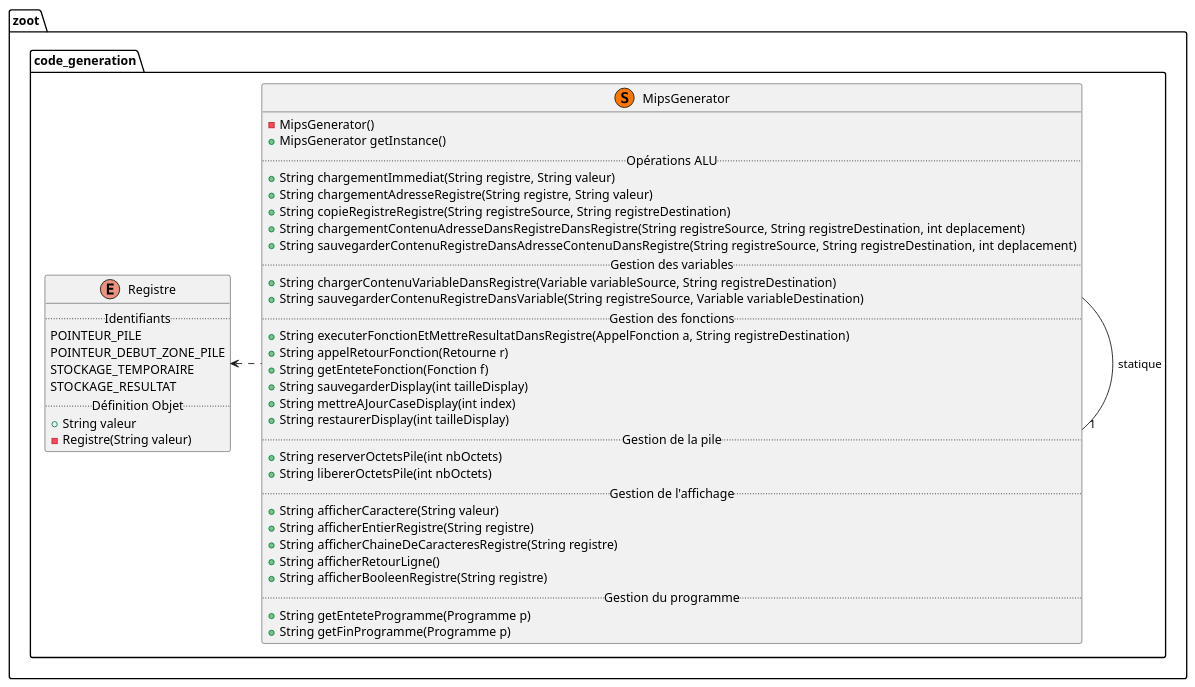
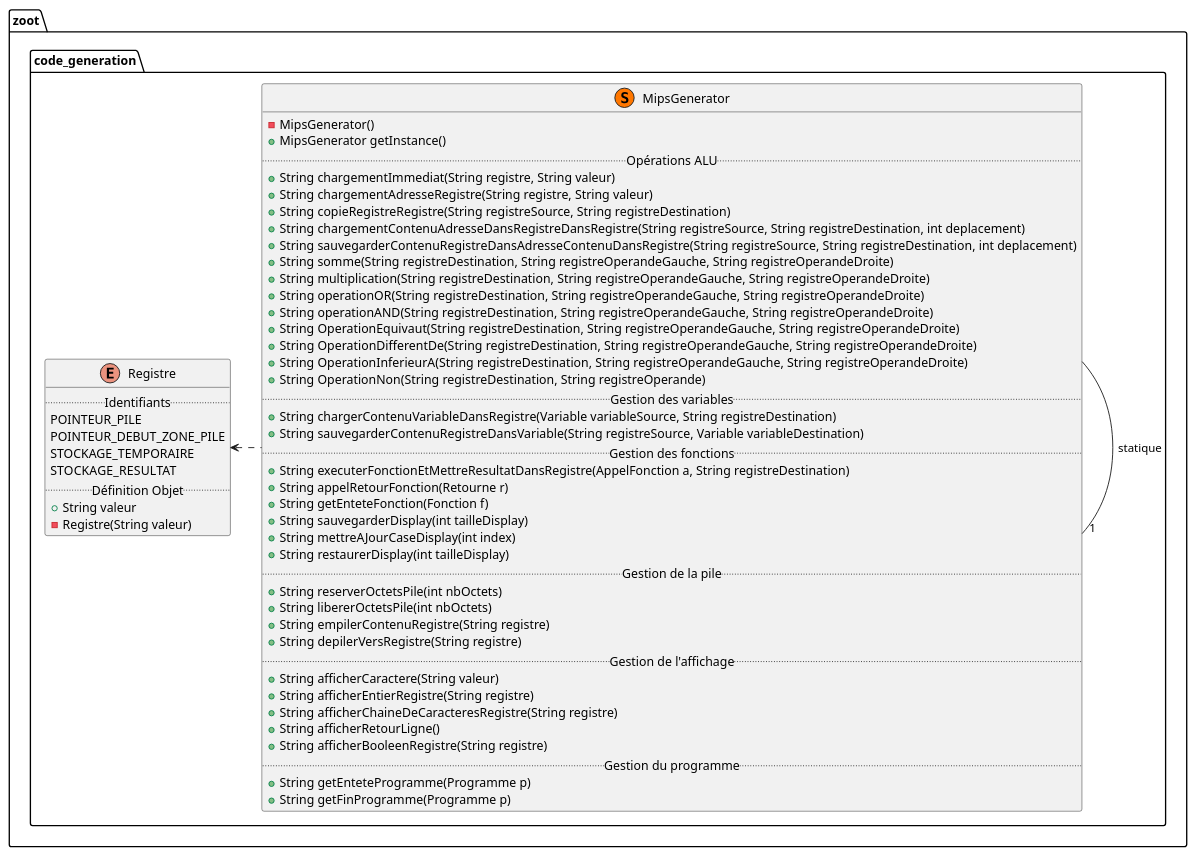
One commit to lmtb06/zoot changed the diagram in diagrammes/classe/code_generation.puml. Above: the diagram before and after it, drawn with PlantUML. The commit also changed 35 other files, not shown here.

```diff
--- a/diagrammes/classe/code_generation.puml
+++ b/diagrammes/classe/code_generation.puml
@@ -1,55 +1,65 @@
 @startuml "Package code_generation"
 
 namespace zoot.code_generation {
     ' Includes
     ' Classes
     enum Registre{
         .. Identifiants ..
         POINTEUR_PILE
         POINTEUR_DEBUT_ZONE_PILE
         STOCKAGE_TEMPORAIRE
         STOCKAGE_RESULTAT
         .. Définition Objet ..
         + String valeur
         - Registre(String valeur)
     }
 
     class MipsGenerator << (S,#FF7700) >> {
         - MipsGenerator()
         + MipsGenerator getInstance()
         .. Opérations ALU ..
         + String chargementImmediat(String registre, String valeur)
         + String chargementAdresseRegistre(String registre, String valeur)
         + String copieRegistreRegistre(String registreSource, String registreDestination)
         + String chargementContenuAdresseDansRegistreDansRegistre(String registreSource, String registreDestination, int deplacement)
         + String sauvegarderContenuRegistreDansAdresseContenuDansRegistre(String registreSource, String registreDestination, int deplacement)
+        + String somme(String registreDestination, String registreOperandeGauche, String registreOperandeDroite)
+        + String multiplication(String registreDestination, String registreOperandeGauche, String registreOperandeDroite)
+        + String operationOR(String registreDestination, String registreOperandeGauche, String registreOperandeDroite)
+        + String operationAND(String registreDestination, String registreOperandeGauche, String registreOperandeDroite)
+        + String OperationEquivaut(String registreDestination, String registreOperandeGauche, String registreOperandeDroite)
+        + String OperationDifferentDe(String registreDestination, String registreOperandeGauche, String registreOperandeDroite)
+        + String OperationInferieurA(String registreDestination, String registreOperandeGauche, String registreOperandeDroite)
+        + String OperationNon(String registreDestination, String registreOperande)
         .. Gestion des variables ..
         + String chargerContenuVariableDansRegistre(Variable variableSource, String registreDestination)
         + String sauvegarderContenuRegistreDansVariable(String registreSource, Variable variableDestination)
         .. Gestion des fonctions ..
         + String executerFonctionEtMettreResultatDansRegistre(AppelFonction a, String registreDestination)
         + String appelRetourFonction(Retourne r)
         + String getEnteteFonction(Fonction f)
         + String sauvegarderDisplay(int tailleDisplay)
         + String mettreAJourCaseDisplay(int index)
         + String restaurerDisplay(int tailleDisplay)
         .. Gestion de la pile ..
         + String reserverOctetsPile(int nbOctets)
         + String libererOctetsPile(int nbOctets)
+        + String empilerContenuRegistre(String registre)
+        + String depilerVersRegistre(String registre)
         .. Gestion de l'affichage ..
         + String afficherCaractere(String valeur)
         + String afficherEntierRegistre(String registre)
         + String afficherChaineDeCaracteresRegistre(String registre)
         + String afficherRetourLigne()
         + String afficherBooleenRegistre(String registre)
         .. Gestion du programme ..
         + String getEnteteProgramme(Programme p)
         + String getFinProgramme(Programme p)
     }
 
     ' Relations entre les classes
     MipsGenerator -right-"1" MipsGenerator : statique
     MipsGenerator .left.> Registre
 
 }
 @enduml
```
